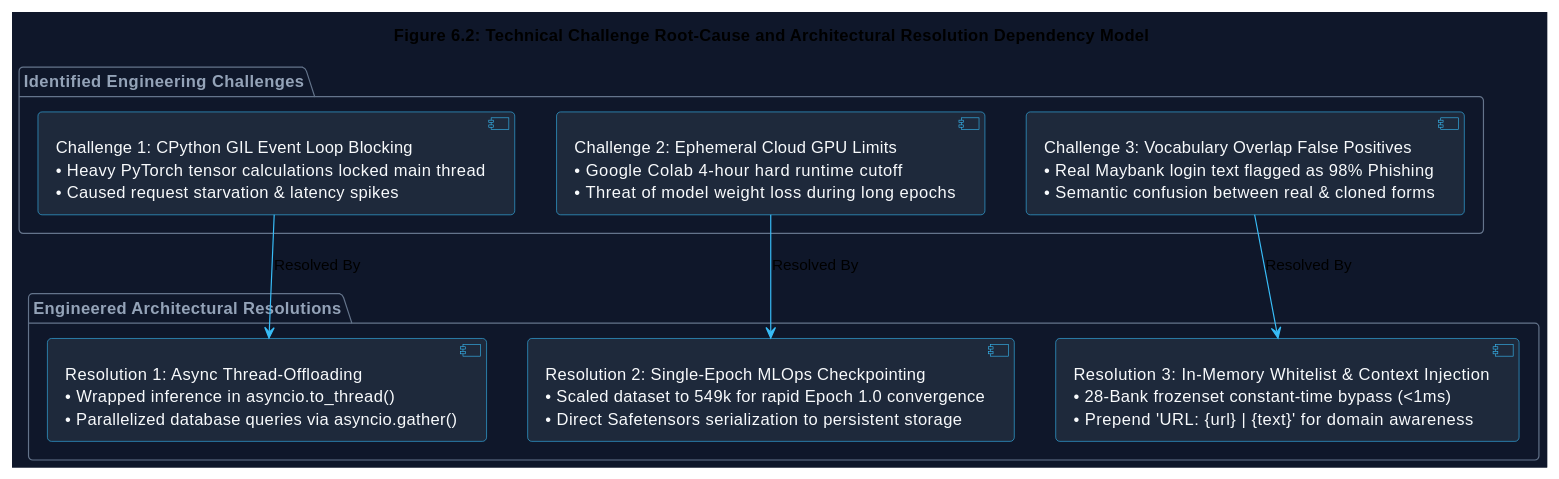
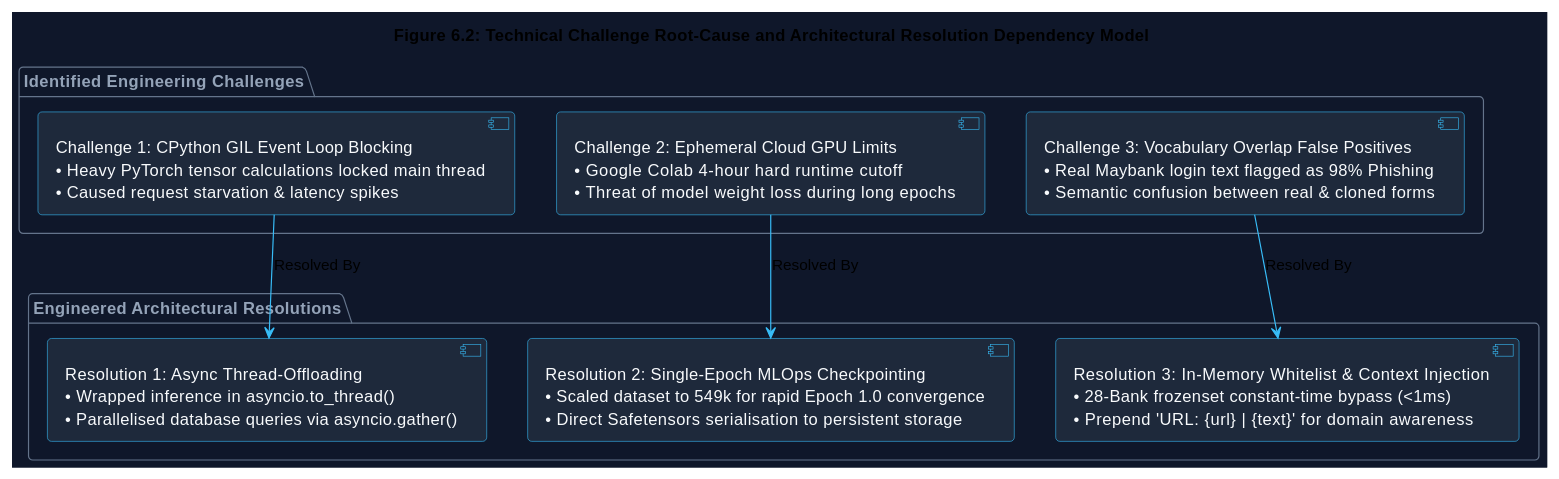
One commit to KunTheNoobie/PhishGuard-AI-Complete changed the second of 3 diagrams in report/Chapter_6_Discussion_Conclusion.md. Above: the diagram before and after it, drawn with PlantUML. The commit also changed other lines of this file, not shown here.

````diff
--- a/report/Chapter_6_Discussion_Conclusion.md
+++ b/report/Chapter_6_Discussion_Conclusion.md
@@ -122,31 +122,31 @@
 ```plantuml
 @startuml Challenges_Resolutions_Chapter_6
 !theme vibrant
 skinparam backgroundColor #0f172a
 skinparam ArrowColor #38bdf8
 skinparam ComponentBorderColor #38bdf8
 skinparam ComponentBackgroundColor #1e293b
 skinparam ComponentFontColor #f8fafc
 skinparam PackageBorderColor #64748b
 skinparam PackageFontColor #94a3b8
 
 title Figure 6.2: Technical Challenge Root-Cause and Architectural Resolution Dependency Model
 
 package "Identified Engineering Challenges" {
     [Challenge 1: CPython GIL Event Loop Blocking\n• Heavy PyTorch tensor calculations locked main thread\n• Caused request starvation & latency spikes] as C1
     [Challenge 2: Ephemeral Cloud GPU Limits\n• Google Colab 4-hour hard runtime cutoff\n• Threat of model weight loss during long epochs] as C2
     [Challenge 3: Vocabulary Overlap False Positives\n• Real Maybank login text flagged as 98% Phishing\n• Semantic confusion between real & cloned forms] as C3
 }
 
 package "Engineered Architectural Resolutions" {
-    [Resolution 1: Async Thread-Offloading\n• Wrapped inference in asyncio.to_thread()\n• Parallelized database queries via asyncio.gather()] as R1
-    [Resolution 2: Single-Epoch MLOps Checkpointing\n• Scaled dataset to 549k for rapid Epoch 1.0 convergence\n• Direct Safetensors serialization to persistent storage] as R2
+    [Resolution 1: Async Thread-Offloading\n• Wrapped inference in asyncio.to_thread()\n• Parallelised database queries via asyncio.gather()] as R1
+    [Resolution 2: Single-Epoch MLOps Checkpointing\n• Scaled dataset to 549k for rapid Epoch 1.0 convergence\n• Direct Safetensors serialisation to persistent storage] as R2
     [Resolution 3: In-Memory Whitelist & Context Injection\n• 28-Bank frozenset constant-time bypass (<1ms)\n• Prepend 'URL: {url} | {text}' for domain awareness] as R3
 }
 
 C1 -down-> R1 : Resolved By
 C2 -down-> R2 : Resolved By
 C3 -down-> R3 : Resolved By
 
 @enduml
 ```
````
